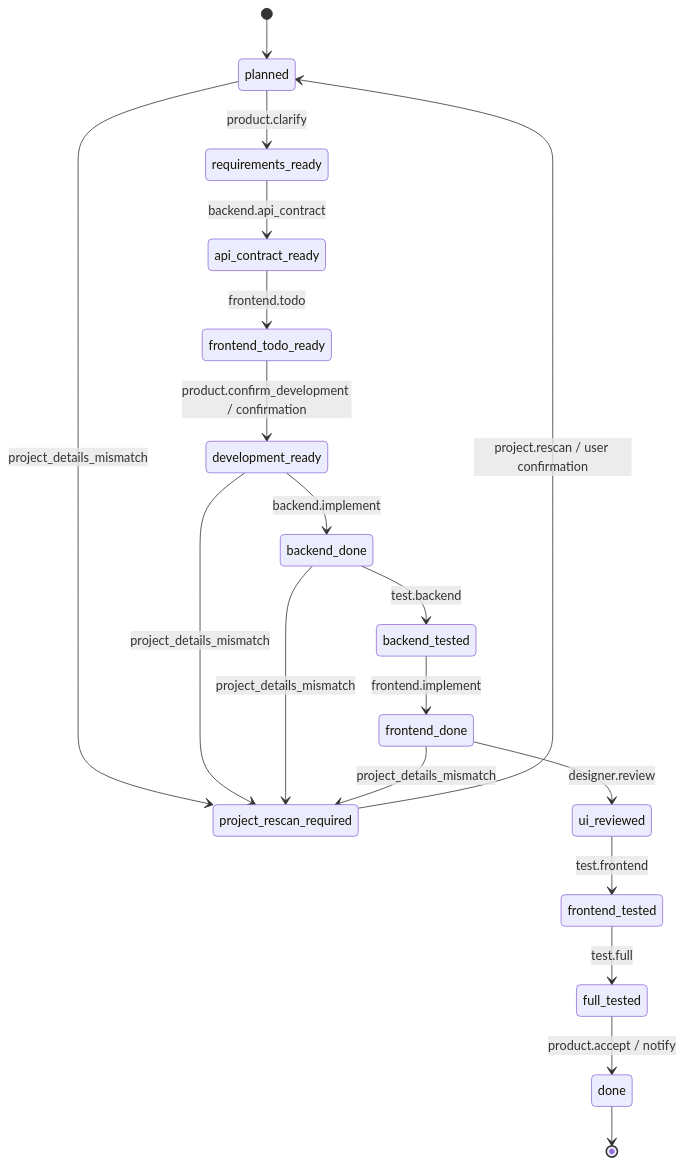
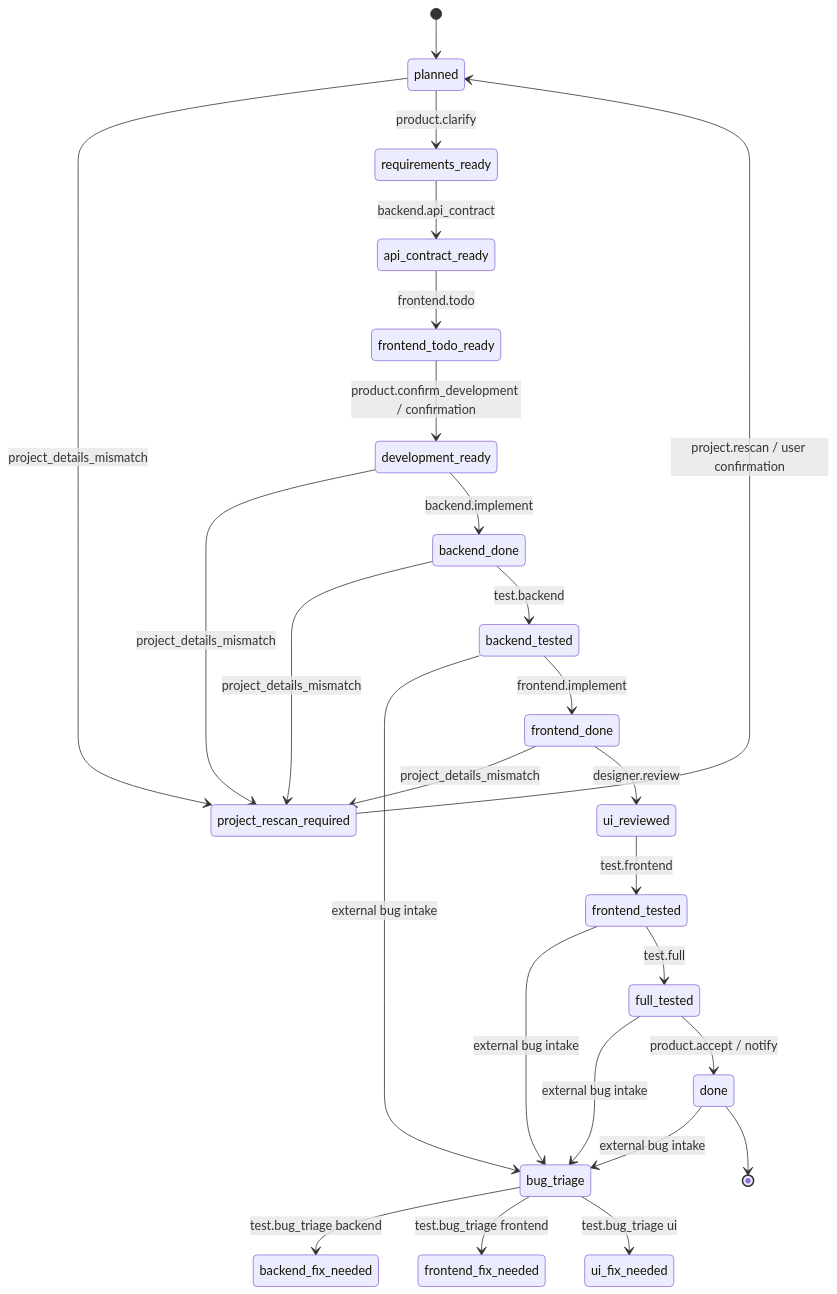
Before and after one commit to Jasmine-dong/skill_flow: the fourth of 6 diagrams in docs/ARCHITECTURE.md, drawn with Mermaid. The commit also changed other lines of this file and 17 other files, not shown here.

````diff
--- a/docs/ARCHITECTURE.md
+++ b/docs/ARCHITECTURE.md
@@ -120,21 +128,28 @@
 ```mermaid
 stateDiagram-v2
   [*] --> planned
   planned --> project_rescan_required: project_details_mismatch
   development_ready --> project_rescan_required: project_details_mismatch
   backend_done --> project_rescan_required: project_details_mismatch
   frontend_done --> project_rescan_required: project_details_mismatch
   project_rescan_required --> planned: project.rescan / user confirmation
   planned --> requirements_ready: product.clarify
+  done --> bug_triage: external bug intake
+  full_tested --> bug_triage: external bug intake
+  backend_tested --> bug_triage: external bug intake
+  frontend_tested --> bug_triage: external bug intake
+  bug_triage --> backend_fix_needed: test.bug_triage backend
+  bug_triage --> frontend_fix_needed: test.bug_triage frontend
+  bug_triage --> ui_fix_needed: test.bug_triage ui
   requirements_ready --> api_contract_ready: backend.api_contract
   api_contract_ready --> frontend_todo_ready: frontend.todo
   frontend_todo_ready --> development_ready: product.confirm_development / confirmation
   development_ready --> backend_done: backend.implement
   backend_done --> backend_tested: test.backend
   backend_tested --> frontend_done: frontend.implement
   frontend_done --> ui_reviewed: designer.review
   ui_reviewed --> frontend_tested: test.frontend
   frontend_tested --> full_tested: test.full
   full_tested --> done: product.accept / notify
   done --> [*]
 ```
````
